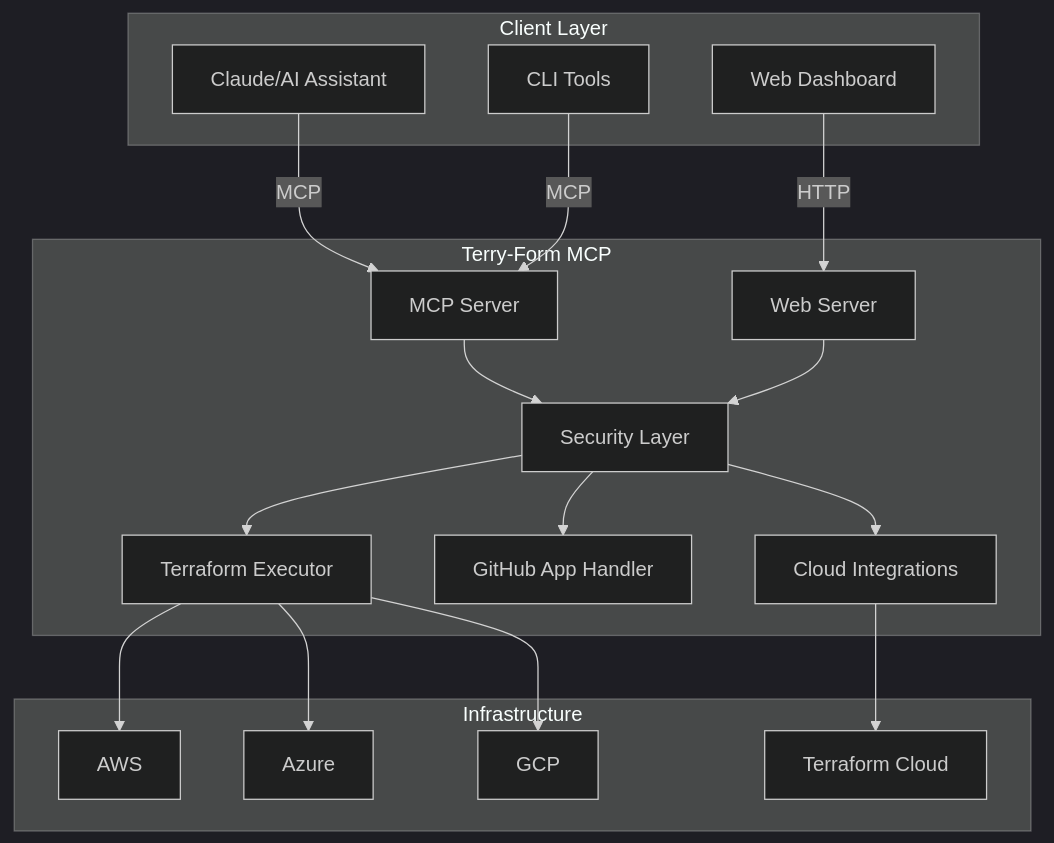
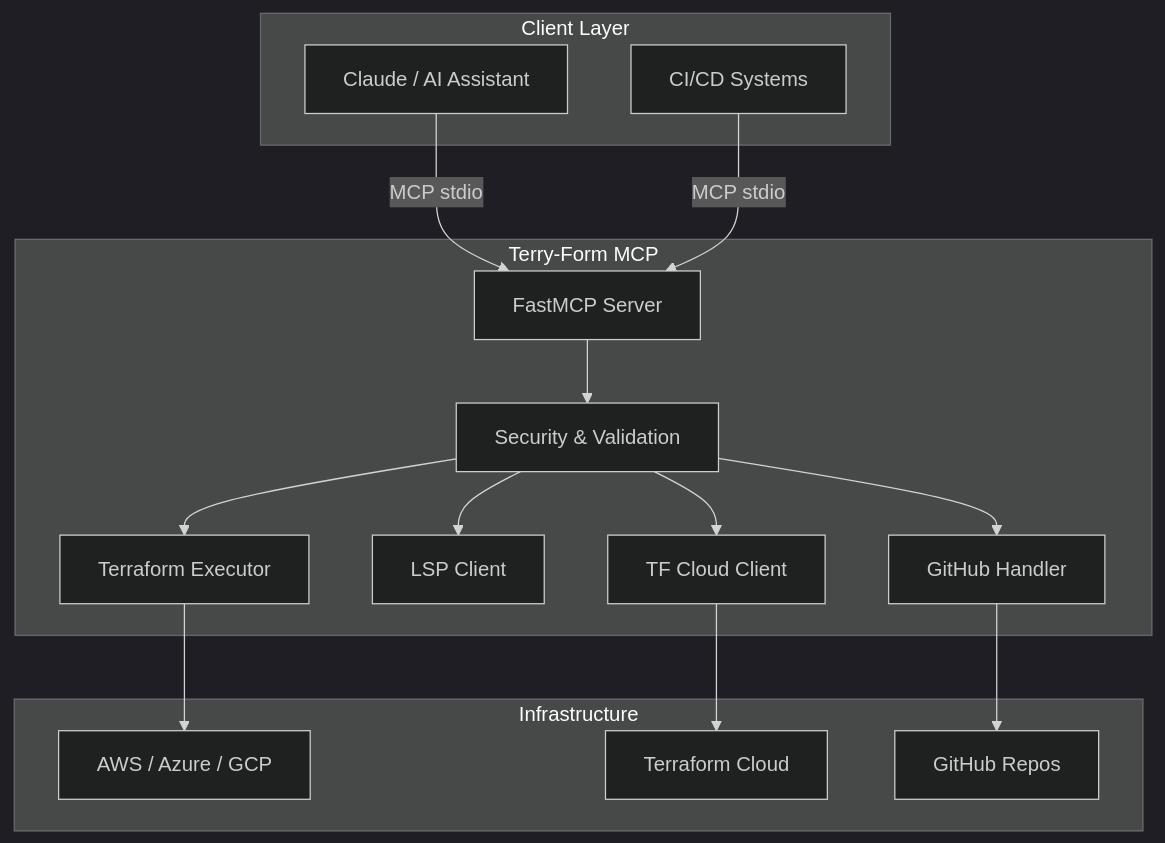
Before and after one commit to aj-geddes/terry-form-mcp: the second of 2 diagrams in docs/index.md, drawn with Mermaid (dark theme). The commit also changed other lines of this file and 80 other files, not shown here.

````diff
--- a/docs/index.md
+++ b/docs/index.md
@@ -163,37 +157,33 @@
 ```mermaid
 graph TB
     subgraph "Client Layer"
-        A[Claude/AI Assistant]
-        B[Web Dashboard]
-        C[CLI Tools]
+        A[Claude / AI Assistant]
+        D[CI/CD Systems]
     end
 
     subgraph "Terry-Form MCP"
-        D[MCP Server]
-        E[Web Server]
-        F[Security Layer]
+        E[FastMCP Server]
+        F[Security & Validation]
         G[Terraform Executor]
-        H[GitHub App Handler]
-        I[Cloud Integrations]
+        H[LSP Client]
+        I[GitHub Handler]
+        J[TF Cloud Client]
     end
 
     subgraph "Infrastructure"
-        J[AWS]
-        K[Azure]
-        L[GCP]
-        M[Terraform Cloud]
+        K[AWS / Azure / GCP]
+        L[Terraform Cloud]
+        M[GitHub Repos]
     end
 
-    A -->|MCP| D
-    B -->|HTTP| E
-    C -->|MCP| D
-    D --> F
+    A -->|MCP stdio| E
+    D -->|MCP stdio| E
     E --> F
     F --> G
     F --> H
     F --> I
-    G --> J
+    F --> J
     G --> K
-    G --> L
+    J --> L
     I --> M
 ```
````
